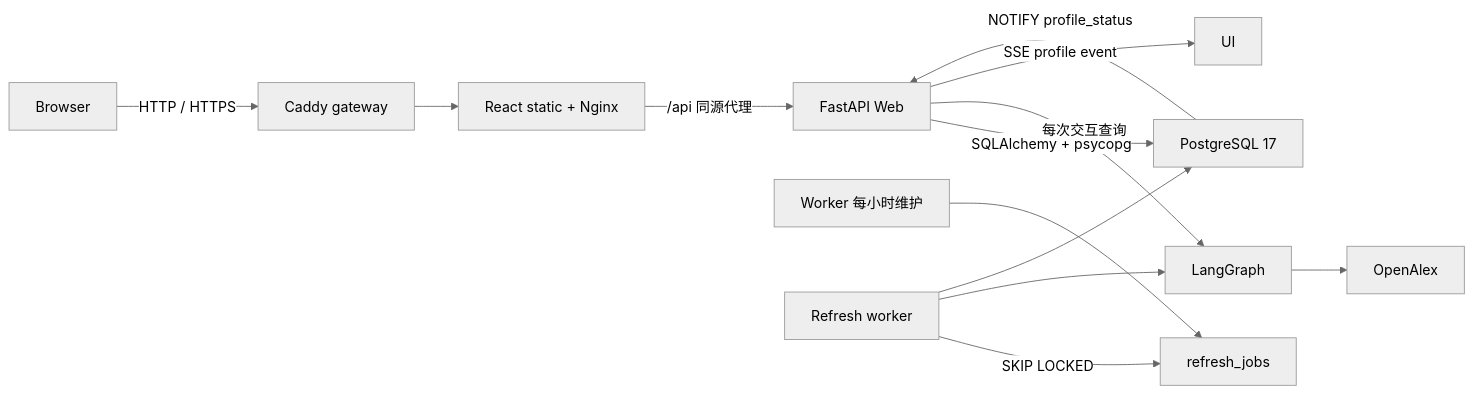
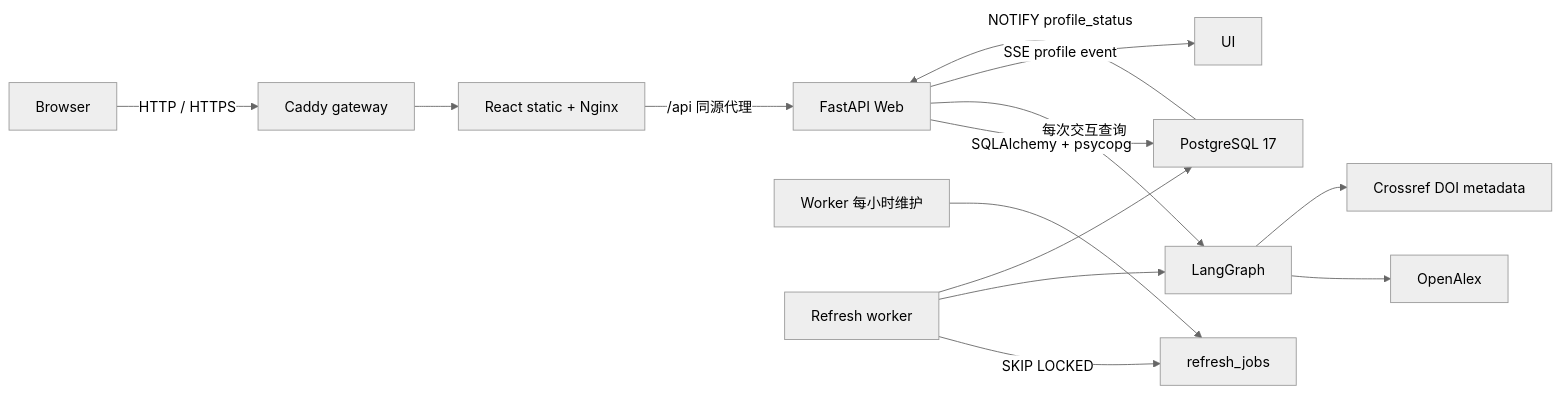
The diagram in docs/ARCHITECTURE.md (AlexYuanch/scholar_search), drawn with Mermaid (neutral theme) before and after one commit. The commit also changed other lines of this file and 17 other files, not shown here.

````diff
--- a/docs/ARCHITECTURE.md
+++ b/docs/ARCHITECTURE.md
@@ -5,15 +5,16 @@
 ```mermaid
 flowchart LR
   CLIENT["Browser"] -->|"HTTP / HTTPS"| CADDY["Caddy gateway"]
   CADDY --> NGINX["React static + Nginx"]
   NGINX -->|"/api 同源代理"| API["FastAPI Web"]
   API -->|"SQLAlchemy + psycopg"| PG["PostgreSQL 17"]
   API -->|"每次交互查询"| WF["LangGraph"]
   WF --> OA["OpenAlex"]
+  WF --> CR["Crossref DOI metadata"]
   MAINT["Worker 每小时维护"] --> JOB["refresh_jobs"]
   WORKER["Refresh worker"] -->|"SKIP LOCKED"| JOB
   WORKER --> WF
   WORKER --> PG
   PG -->|"NOTIFY profile_status"| API
   API -->|"SSE profile event"| UI
 ```
````
